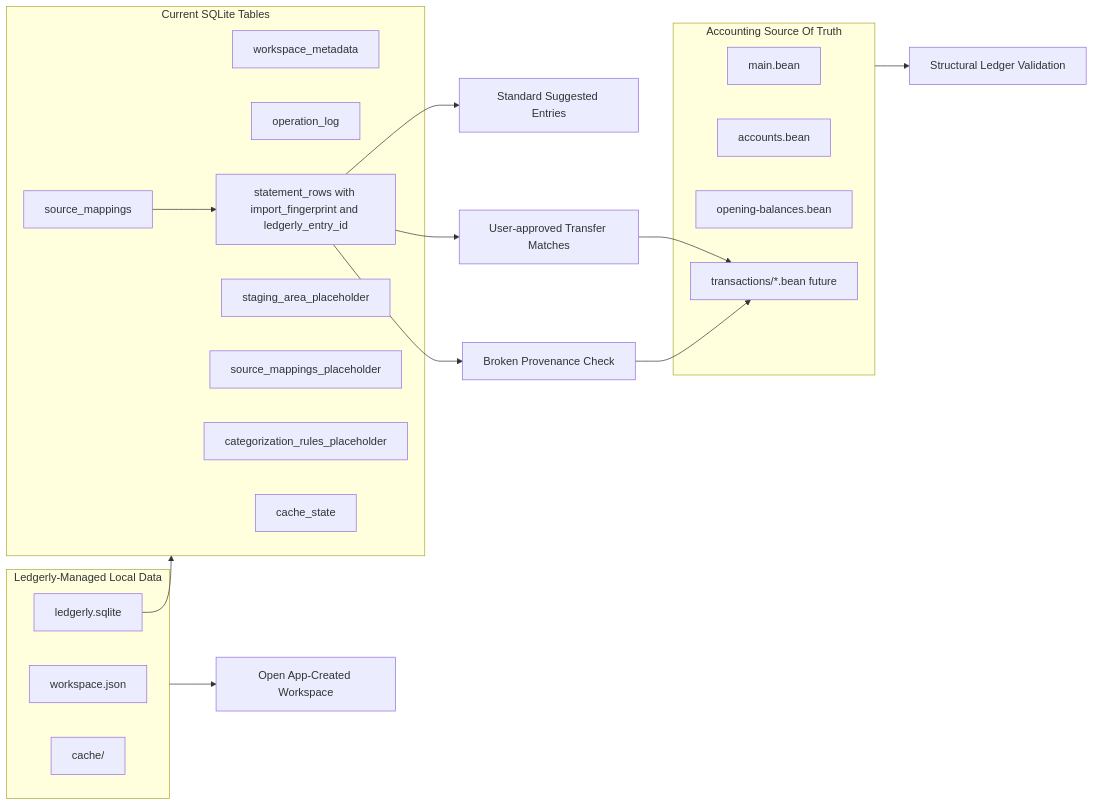
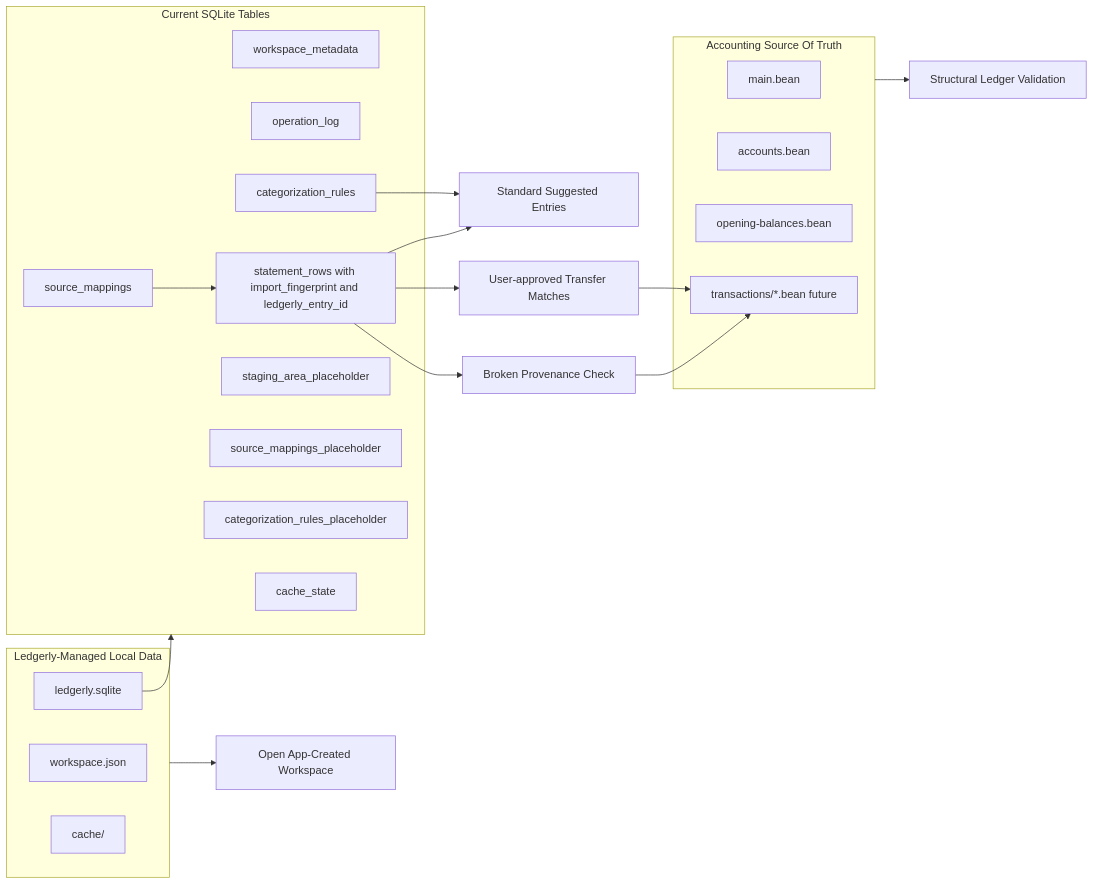
Before and after one commit to ryenski/Ledgerly-MVP: the third of 4 diagrams in docs/architecture.md, drawn with Mermaid. The commit also changed other lines of this file and 16 other files, not shown here.

First line of the commit message:
Add user-confirmed categorization rules (#25)

````diff
--- a/docs/architecture.md
+++ b/docs/architecture.md
@@ -213,36 +228,38 @@
 ```mermaid
 flowchart LR
   subgraph SourceOfTruth[Accounting Source Of Truth]
     MainBean[main.bean]
     AccountsBean[accounts.bean]
     OpeningBalances[opening-balances.bean]
     FutureMonthly[transactions/*.bean future]
   end
 
   subgraph LedgerlyManaged[Ledgerly-Managed Local Data]
     Manifest[workspace.json]
     Sqlite[ledgerly.sqlite]
     Cache[cache/]
   end
 
   subgraph CurrentSqlite[Current SQLite Tables]
     Metadata[workspace_metadata]
     OperationLog[operation_log]
     SourceMappings[source_mappings]
     StatementRows[statement_rows with import_fingerprint and ledgerly_entry_id]
+    CategorizationRulesTable[categorization_rules]
     StagingPlaceholder[staging_area_placeholder]
     MappingPlaceholder[source_mappings_placeholder]
     RulesPlaceholder[categorization_rules_placeholder]
     CacheState[cache_state]
   end
 
   SourceOfTruth --> Validation[Structural Ledger Validation]
   LedgerlyManaged --> OpenWorkspace[Open App-Created Workspace]
   Sqlite --> CurrentSqlite
   SourceMappings --> StatementRows
+  CategorizationRulesTable --> SuggestedEntries
   StatementRows --> SuggestedEntries[Standard Suggested Entries]
   StatementRows --> TransferMatches[User-approved Transfer Matches]
   StatementRows --> ProvenanceCheck[Broken Provenance Check]
   TransferMatches --> FutureMonthly
   ProvenanceCheck --> FutureMonthly
 ```
````
